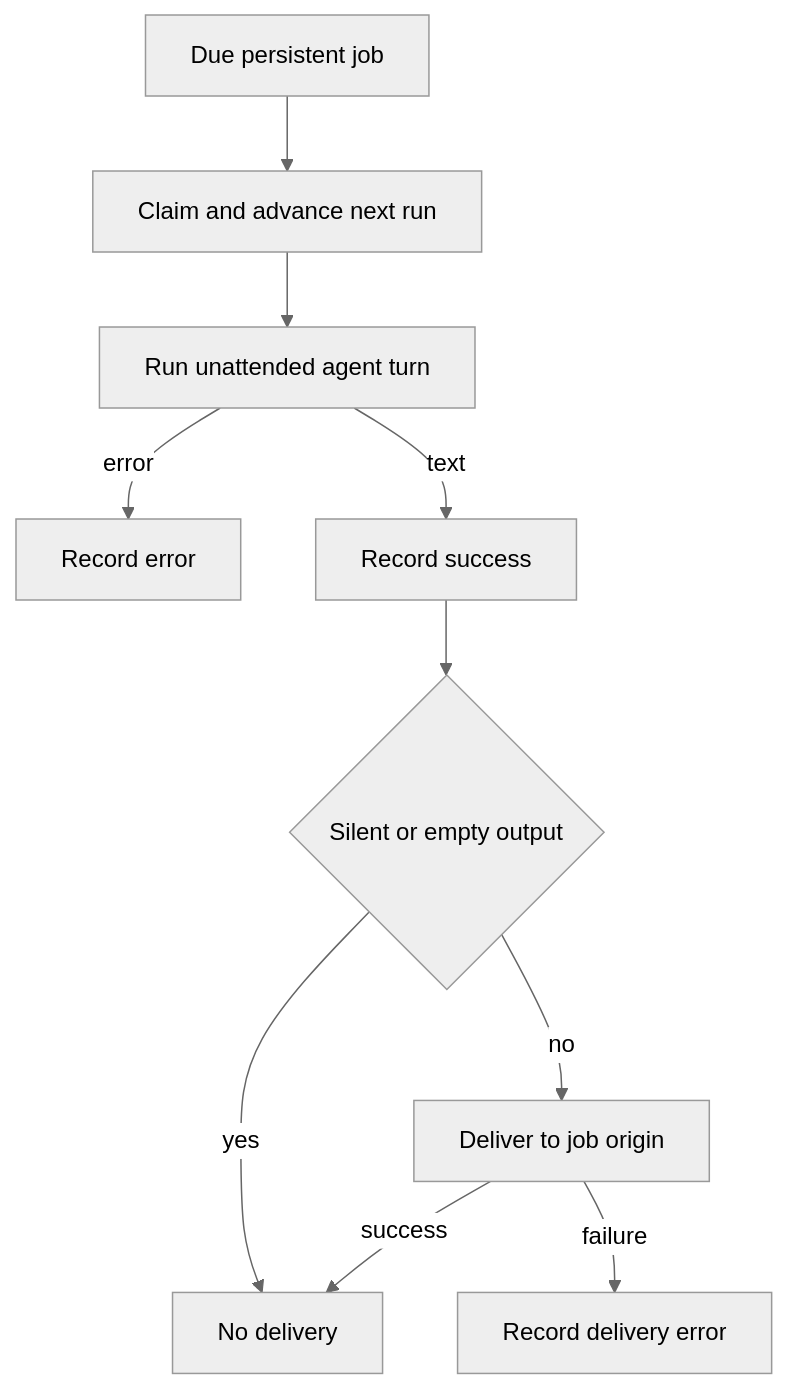
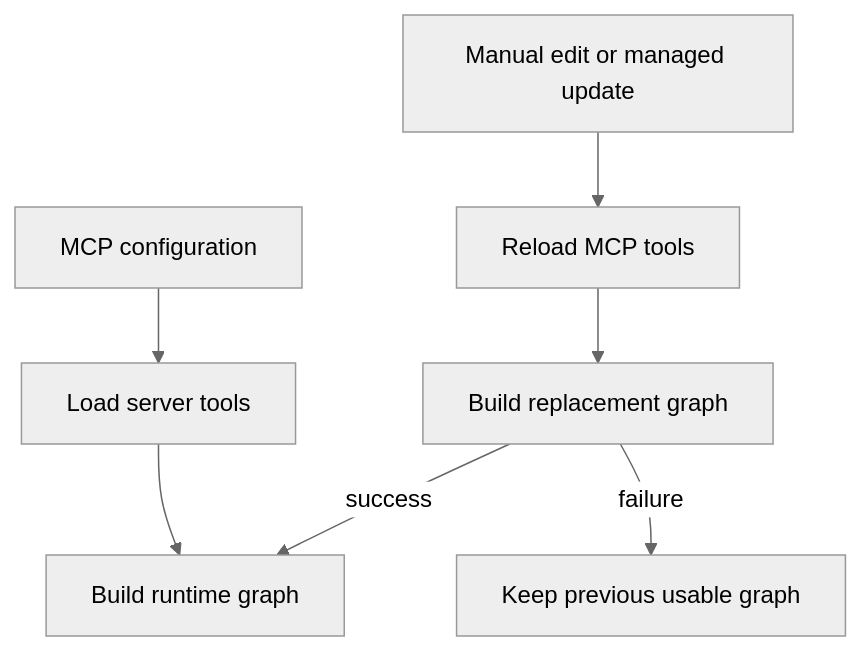
The second of 2 diagrams in openwiki/integrations/talon.md (langchain-ai/deepagents), drawn with Mermaid (neutral theme) before and after one commit. The commit also changed other lines of this file and 41 other files, not shown here.

````diff
--- a/openwiki/integrations/talon.md
+++ b/openwiki/integrations/talon.md
@@ -136,12 +118,9 @@
 ```mermaid
 flowchart TD
-    Due["Due persistent job"] --> Claim["Claim and advance next run"]
-    Claim --> Run["Run unattended agent turn"]
-    Run -->|error| RecordError["Record error"]
-    Run -->|text| RecordOK["Record success"]
-    RecordOK --> Silent{"Silent or empty output"}
-    Silent -->|yes| Finished["No delivery"]
-    Silent -->|no| Deliver["Deliver to job origin"]
-    Deliver -->|failure| DeliveryError["Record delivery error"]
-    Deliver -->|success| Finished
+    Config["MCP configuration"] --> Load["Load server tools"]
+    Load --> Graph["Build runtime graph"]
+    Edit["Manual edit or managed update"] --> Reload["Reload MCP tools"]
+    Reload --> Build["Build replacement graph"]
+    Build -->|success| Graph
+    Build -->|failure| Previous["Keep previous usable graph"]
 ```
````
